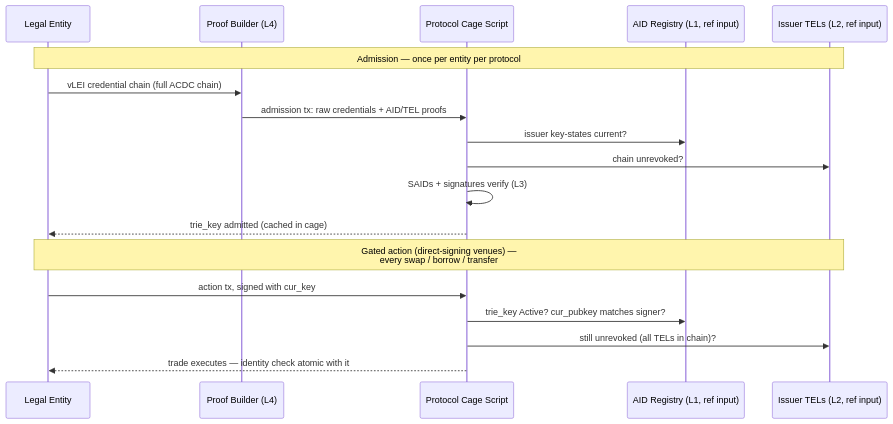
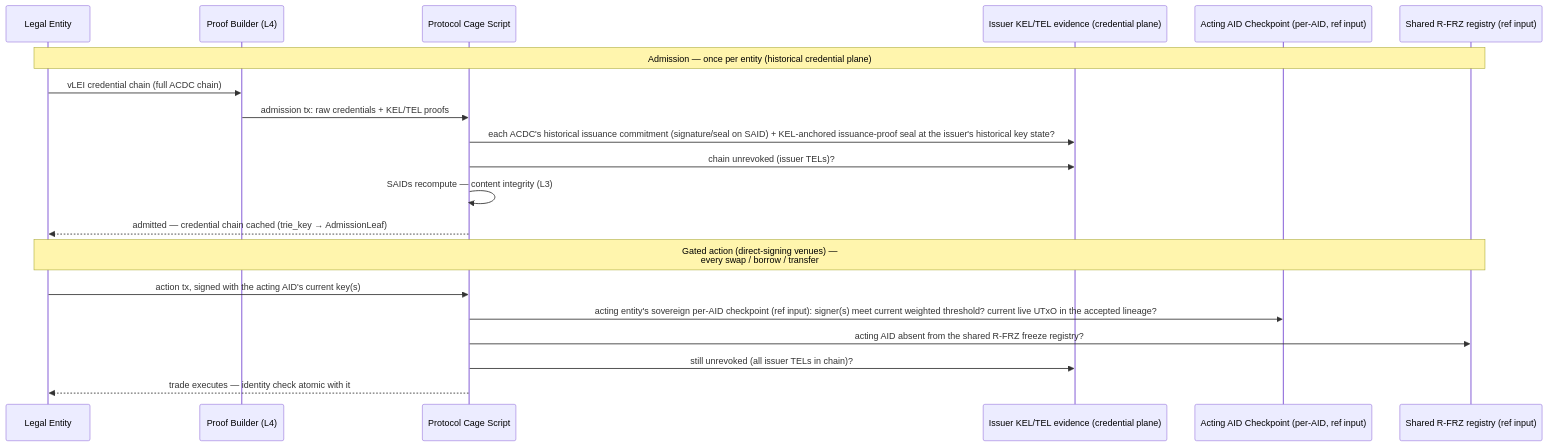
The diagram in docs/design/defi-gate.md (lambdasistemi/cardano-keri), drawn with Mermaid before and after one commit. The commit also changed other lines of this file and 4 other files, not shown here.

First line of the commit message:
docs(design): reframe trust/UX/DeFi/aid current-auth to sovereign discovery

````diff
--- a/docs/design/defi-gate.md
+++ b/docs/design/defi-gate.md
@@ -102,22 +133,24 @@
 ```mermaid
 sequenceDiagram
     participant LE as Legal Entity
     participant PB as Proof Builder (L4)
     participant Cage as Protocol Cage Script
-    participant Reg as AID Registry (L1, ref input)
-    participant TEL as Issuer TELs (L2, ref input)
+    participant Cred as Issuer KEL/TEL evidence (credential plane)
+    participant Chk as Acting AID Checkpoint (per-AID, ref input)
+    participant FRZ as Shared R-FRZ registry (ref input)
 
-    Note over LE,TEL: Admission — once per entity per protocol
+    Note over LE,FRZ: Admission — once per entity (historical credential plane)
     LE->>PB: vLEI credential chain (full ACDC chain)
-    PB->>Cage: admission tx: raw credentials + AID/TEL proofs
-    Cage->>Reg: issuer key-states current?
-    Cage->>TEL: chain unrevoked?
-    Cage->>Cage: SAIDs + signatures verify (L3)
-    Cage-->>LE: trie_key admitted (cached in cage)
+    PB->>Cage: admission tx: raw credentials + KEL/TEL proofs
+    Cage->>Cred: each ACDC's historical issuance commitment (signature/seal on SAID) + KEL-anchored issuance-proof seal at the issuer's historical key state?
+    Cage->>Cred: chain unrevoked (issuer TELs)?
+    Cage->>Cage: SAIDs recompute — content integrity (L3)
+    Cage-->>LE: admitted — credential chain cached (trie_key → AdmissionLeaf)
 
-    Note over LE,TEL: Gated action (direct-signing venues) —<br/>every swap / borrow / transfer
-    LE->>Cage: action tx, signed with cur_key
-    Cage->>Reg: trie_key Active? cur_pubkey matches signer?
-    Cage->>TEL: still unrevoked (all TELs in chain)?
+    Note over LE,FRZ: Gated action (direct-signing venues) —<br/>every swap / borrow / transfer
+    LE->>Cage: action tx, signed with the acting AID's current key(s)
+    Cage->>Chk: acting entity's sovereign per-AID checkpoint (ref input): signer(s) meet current weighted threshold? current live UTxO in the accepted lineage?
+    Cage->>FRZ: acting AID absent from the shared R-FRZ freeze registry?
+    Cage->>Cred: still unrevoked (all issuer TELs in chain)?
     Cage-->>LE: trade executes — identity check atomic with it
 ```
````
